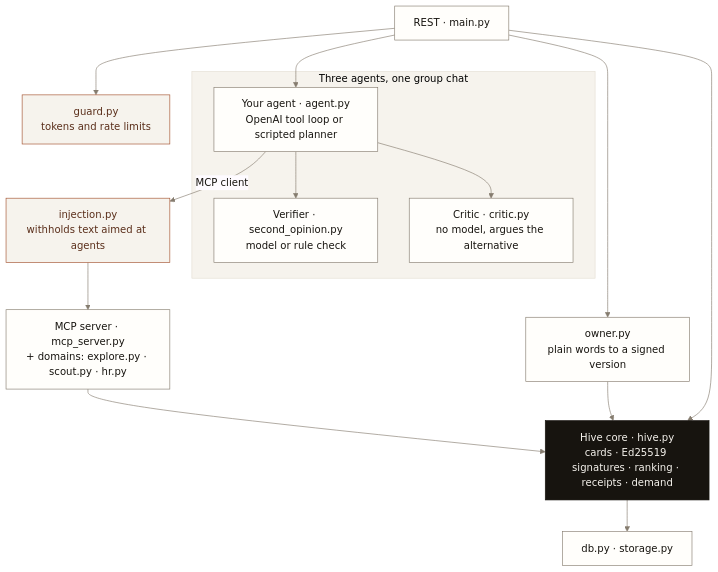
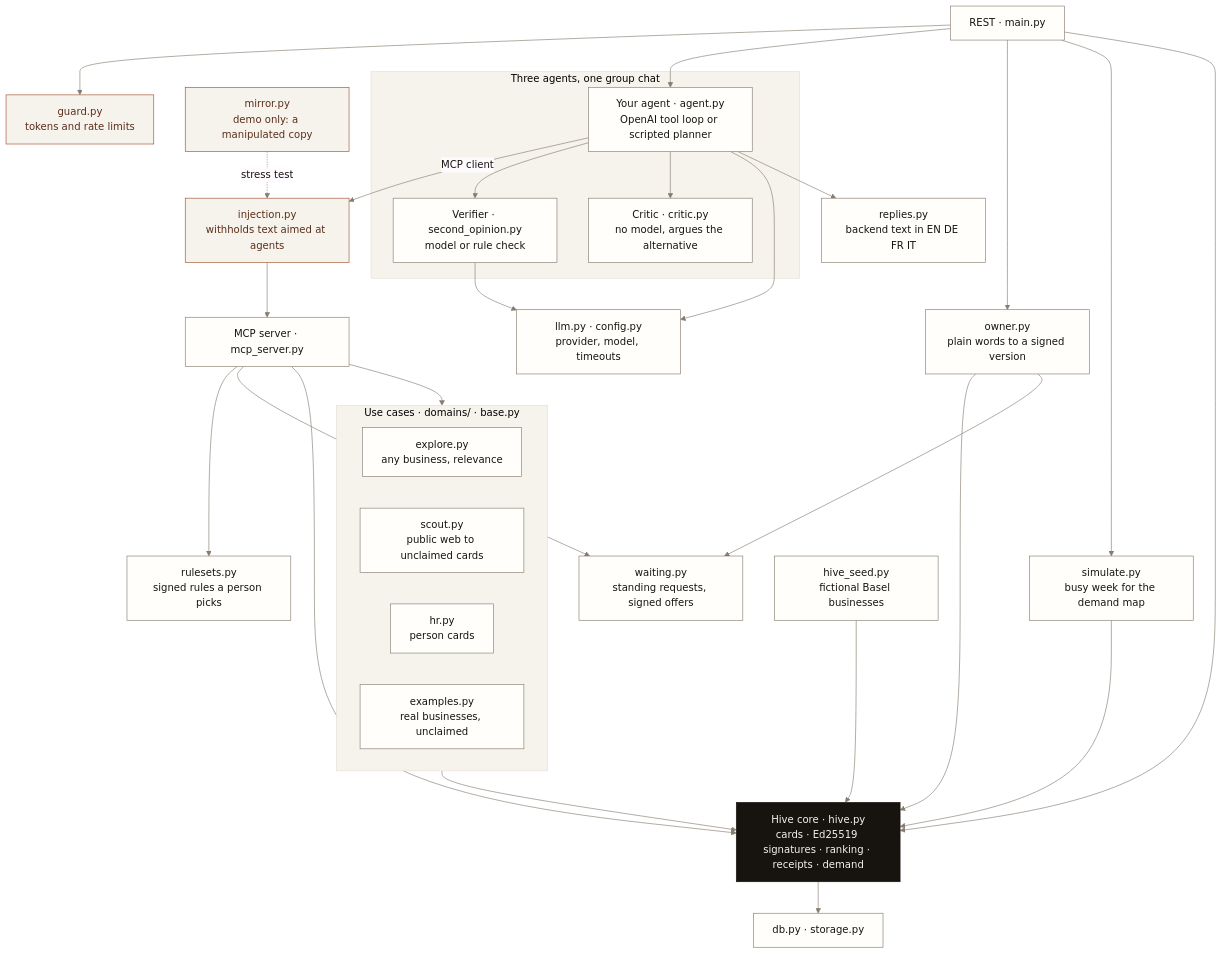
Before and after one commit to reactbias/Adobee-Hive: the second of 6 diagrams in documentation/DIAGRAMS.md, drawn with Mermaid. The commit also changed other lines of this file and 1 other file, not shown here.

First line of the commit message:
test(docs): a module, MCP tool or endpoint missing from the diagrams fails CI

````diff
--- a/documentation/DIAGRAMS.md
+++ b/documentation/DIAGRAMS.md
@@ -64,32 +68,57 @@
 ```mermaid
 %%{init: {"theme": "base", "themeVariables": {"primaryColor": "#fffefb", "primaryBorderColor": "#857c6f", "primaryTextColor": "#17140f", "lineColor": "#857c6f", "clusterBkg": "#f6f3ed", "clusterBorder": "#e4ded3", "noteBkgColor": "#f6f3ed", "noteBorderColor": "#e4ded3", "actorBkg": "#fffefb", "actorBorder": "#857c6f", "signalColor": "#4b443a", "signalTextColor": "#17140f", "fontFamily": "Helvetica, Arial, sans-serif"}}}%%
 flowchart TB
   classDef core fill:#17140f,stroke:#17140f,color:#f6f3ed
   classDef mod fill:#fffefb,stroke:#857c6f,color:#17140f
   classDef guard fill:#f6f3ed,stroke:#a24f2c,color:#5a2e1a
 
   REST[REST · main.py]:::mod
-  MCP[MCP server · mcp_server.py<br/>+ domains: explore.py · scout.py · hr.py]:::mod
+  MCP[MCP server · mcp_server.py]:::mod
+
+  subgraph DOMAINS["Use cases · domains/ · base.py"]
+    EXP[explore.py<br/>any business, relevance]:::mod
+    SCT[scout.py<br/>public web to unclaimed cards]:::mod
+    HR[hr.py<br/>person cards]:::mod
+    EXM[examples.py<br/>real businesses, unclaimed]:::mod
+  end
 
   subgraph AGENTS["Three agents, one group chat"]
     A[Your agent · agent.py<br/>OpenAI tool loop or scripted planner]:::mod
     V[Verifier · second_opinion.py<br/>model or rule check]:::mod
     C[Critic · critic.py<br/>no model, argues the alternative]:::mod
   end
 
   INJ[injection.py<br/>withholds text aimed at agents]:::guard
+  MIR[mirror.py<br/>demo only: a manipulated copy]:::guard
   GRD[guard.py<br/>tokens and rate limits]:::guard
+  LLM[llm.py · config.py<br/>provider, model, timeouts]:::mod
+  RPL[replies.py<br/>backend text in EN DE FR IT]:::mod
   OWN[owner.py<br/>plain words to a signed version]:::mod
+  WAIT[waiting.py<br/>standing requests, signed offers]:::mod
+  RUL[rulesets.py<br/>signed rules a person picks]:::mod
+  SIM[simulate.py<br/>busy week for the demand map]:::mod
   HIVE[Hive core · hive.py<br/>cards · Ed25519 signatures · ranking · receipts · demand]:::core
+  SEED[hive_seed.py<br/>fictional Basel businesses]:::mod
   DB[db.py · storage.py]:::mod
 
   REST --> GRD
   REST --> A
   A -->|MCP client| INJ --> MCP
+  MIR -.->|stress test| INJ
   A --> V
   A --> C
+  A --> LLM
+  V --> LLM
+  A --> RPL
   REST --> OWN --> HIVE
+  OWN --> WAIT
+  REST --> SIM --> HIVE
+  MCP --> DOMAINS
+  MCP --> RUL
+  MCP --> WAIT
   MCP --> HIVE
+  DOMAINS --> HIVE
   REST --> HIVE
+  SEED --> HIVE
   HIVE --> DB
 ```
````
